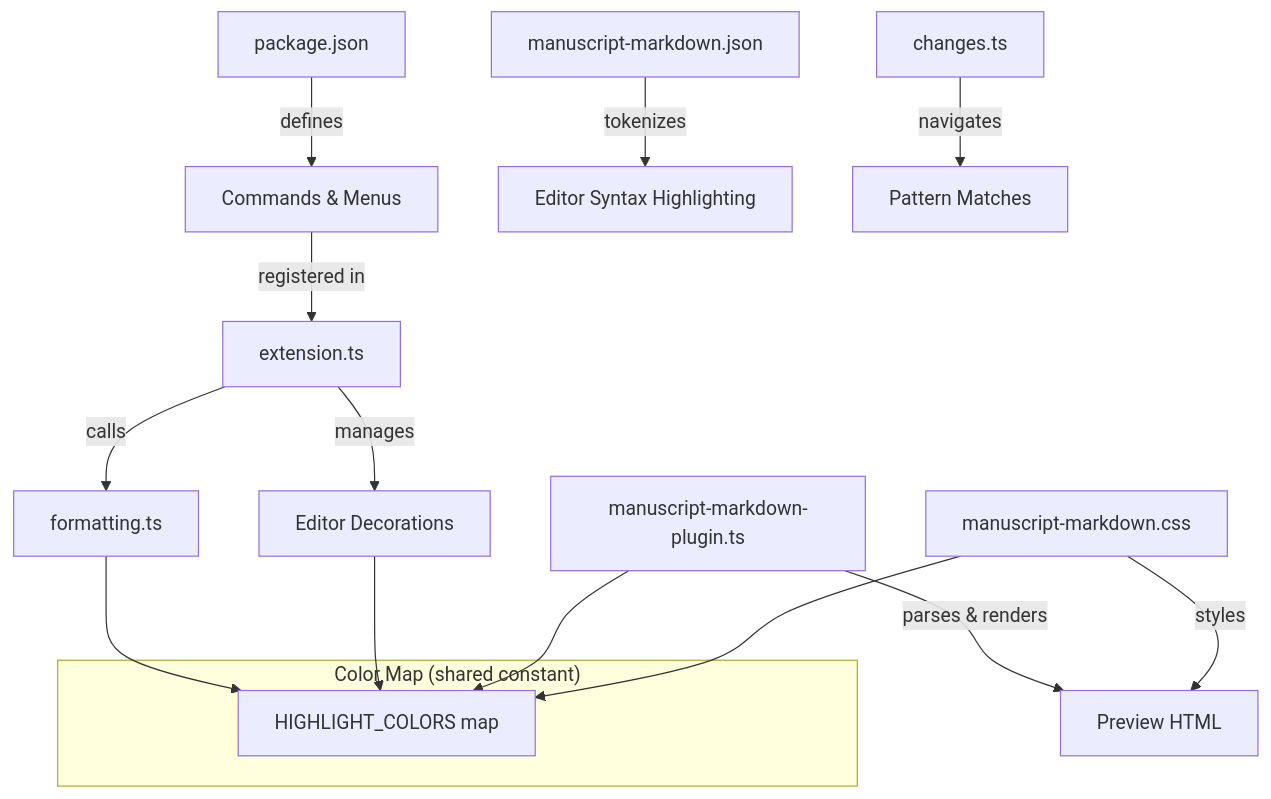
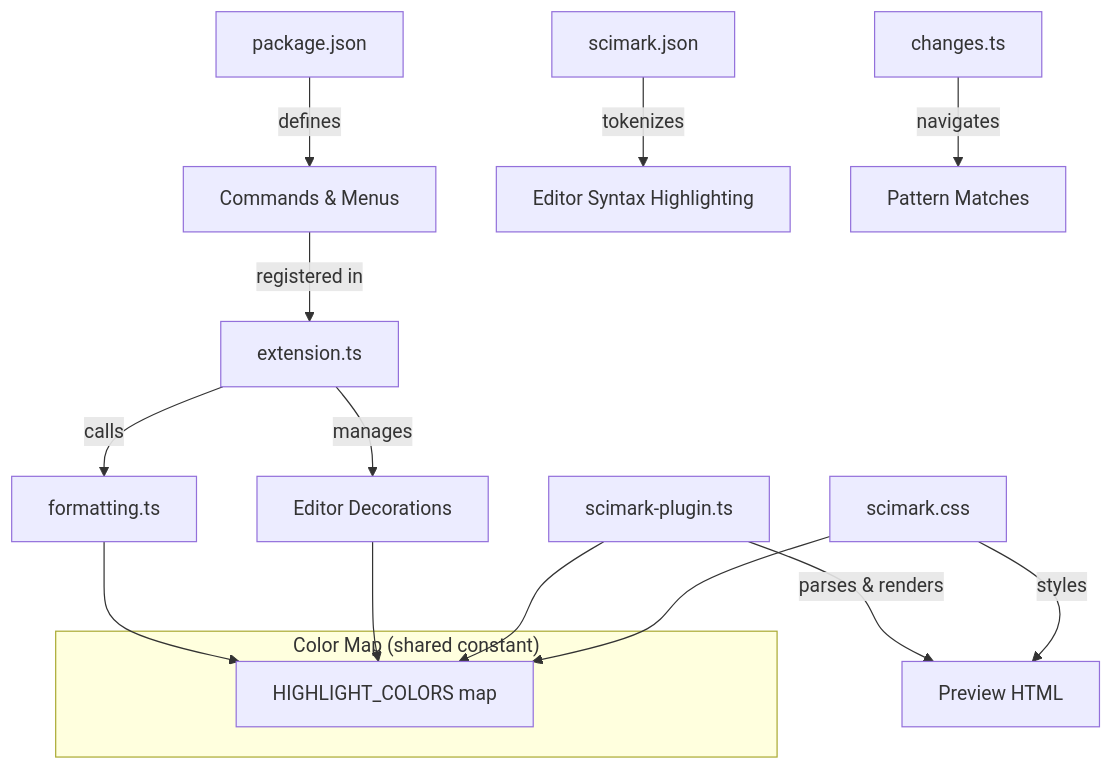
Before and after one commit to jbearak/scimark: the diagram in .kiro/specs/highlight-colors/design.md, drawn with Mermaid. The commit also changed other lines of this file and 80 other files, not shown here.

First line of the commit message:
Rename project from Manuscript Markdown to Scientific Markdown (scimark)

````diff
--- a/.kiro/specs/highlight-colors/design.md
+++ b/.kiro/specs/highlight-colors/design.md
@@ -22,20 +22,20 @@
 ```mermaid
 graph TD
     A[package.json] -->|defines| B[Commands & Menus]
     B -->|registered in| C[extension.ts]
     C -->|calls| D[formatting.ts]
     C -->|manages| E[Editor Decorations]
-    F[manuscript-markdown-plugin.ts] -->|parses & renders| G[Preview HTML]
-    H[manuscript-markdown.css] -->|styles| G
-    I[manuscript-markdown.json] -->|tokenizes| J[Editor Syntax Highlighting]
+    F[scimark-plugin.ts] -->|parses & renders| G[Preview HTML]
+    H[scimark.css] -->|styles| G
+    I[scimark.json] -->|tokenizes| J[Editor Syntax Highlighting]
     K[changes.ts] -->|navigates| L[Pattern Matches]
     
     subgraph "Color Map (shared constant)"
         M[HIGHLIGHT_COLORS map]
     end
     
     D --> M
     E --> M
     F --> M
     H --> M
 ```
````
